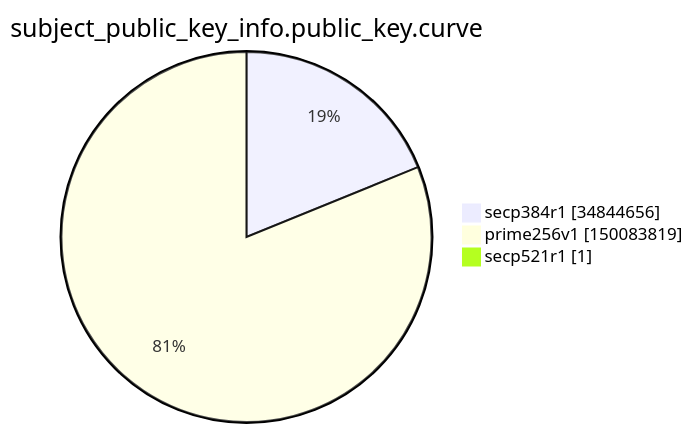
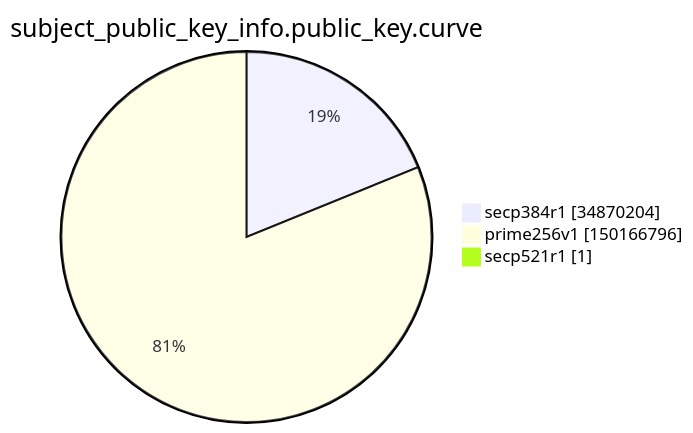
One commit to christiankrug/ctmonitor_visualization changed the ninth of 15 diagrams in argon2022/README.md. Above: the diagram before and after it, drawn with Mermaid. The commit also changed other lines of this file, not shown here.

````diff
--- a/argon2022/README.md
+++ b/argon2022/README.md
@@ -2765,7 +2765,7 @@
 ```mermaid
 pie showData
 title subject_public_key_info.public_key.curve
-"secp384r1" :34844656
-"prime256v1" :150083819
+"secp384r1" :34870204
+"prime256v1" :150166796
 "secp521r1" :1
 ```
````
